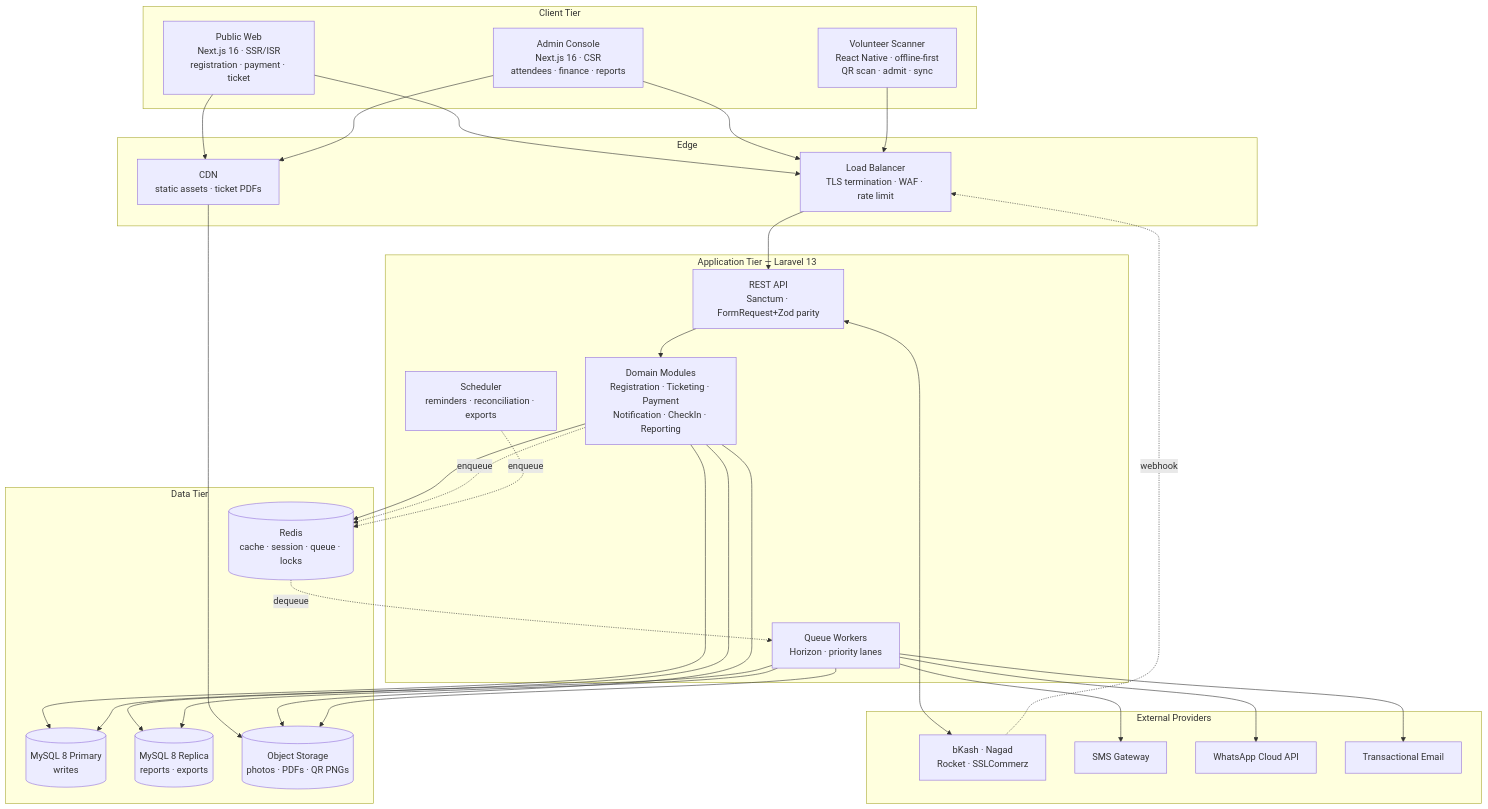
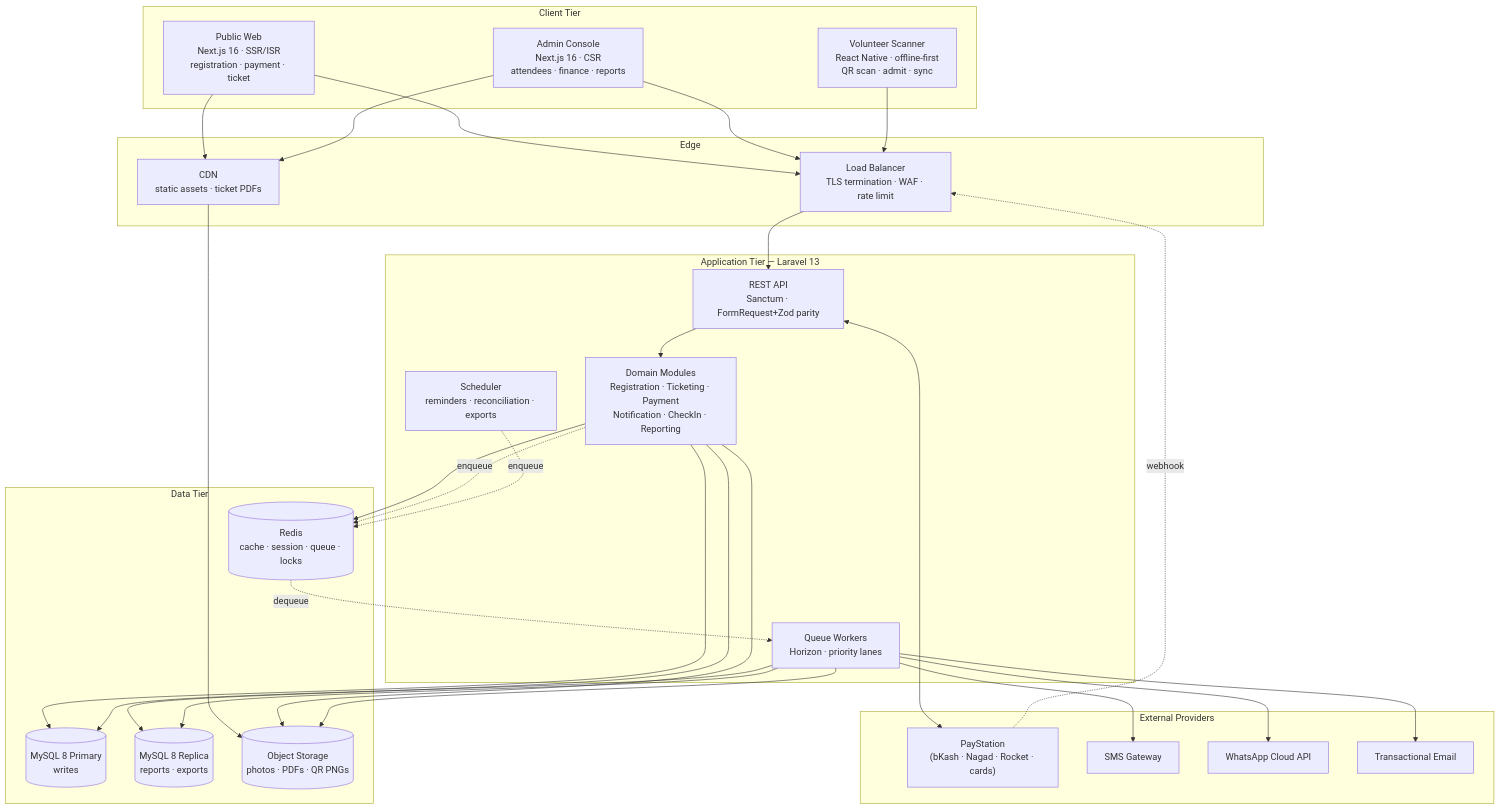
The first of 7 diagrams in docs/01-system-architecture.md (mominuldev/decent-event-management), drawn with Mermaid before and after one commit. The commit also changed other lines of this file and 54 other files, not shown here.

````diff
--- a/docs/01-system-architecture.md
+++ b/docs/01-system-architecture.md
@@ -11,62 +11,62 @@
 ```mermaid
 graph TB
     subgraph clients["Client Tier"]
         WEB["Public Web<br/>Next.js 16 · SSR/ISR<br/>registration · payment · ticket"]
         ADM["Admin Console<br/>Next.js 16 · CSR<br/>attendees · finance · reports"]
         MOB["Volunteer Scanner<br/>React Native · offline-first<br/>QR scan · admit · sync"]
     end
 
     subgraph edge["Edge"]
         CDN["CDN<br/>static assets · ticket PDFs"]
         LB["Load Balancer<br/>TLS termination · WAF · rate limit"]
     end
 
     subgraph app["Application Tier — Laravel 13"]
         API["REST API<br/>Sanctum · FormRequest+Zod parity"]
         MOD["Domain Modules<br/>Registration · Ticketing · Payment<br/>Notification · CheckIn · Reporting"]
         WRK["Queue Workers<br/>Horizon · priority lanes"]
         SCH["Scheduler<br/>reminders · reconciliation · exports"]
     end
 
     subgraph data["Data Tier"]
         DBP[("MySQL 8 Primary<br/>writes")]
         DBR[("MySQL 8 Replica<br/>reports · exports")]
         RDS[("Redis<br/>cache · session · queue · locks")]
         OBJ[("Object Storage<br/>photos · PDFs · QR PNGs")]
     end
 
     subgraph ext["External Providers"]
-        PAY["bKash · Nagad<br/>Rocket · SSLCommerz"]
+        PAY["PayStation<br/>(bKash · Nagad · Rocket · cards)"]
         SMS["SMS Gateway"]
         WAP["WhatsApp Cloud API"]
         MAIL["Transactional Email"]
     end
 
     WEB --> CDN
     ADM --> CDN
     WEB --> LB
     ADM --> LB
     MOB --> LB
     CDN --> OBJ
 
     LB --> API
     API --> MOD
     MOD --> DBP
     MOD --> RDS
     MOD --> OBJ
     MOD -.enqueue.-> RDS
     RDS -.dequeue.-> WRK
     SCH -.enqueue.-> RDS
 
     WRK --> DBP
     WRK --> OBJ
     WRK --> SMS
     WRK --> WAP
     WRK --> MAIL
 
     API <--> PAY
     PAY -.webhook.-> LB
 
     MOD --> DBR
     WRK --> DBR
 ```
````
